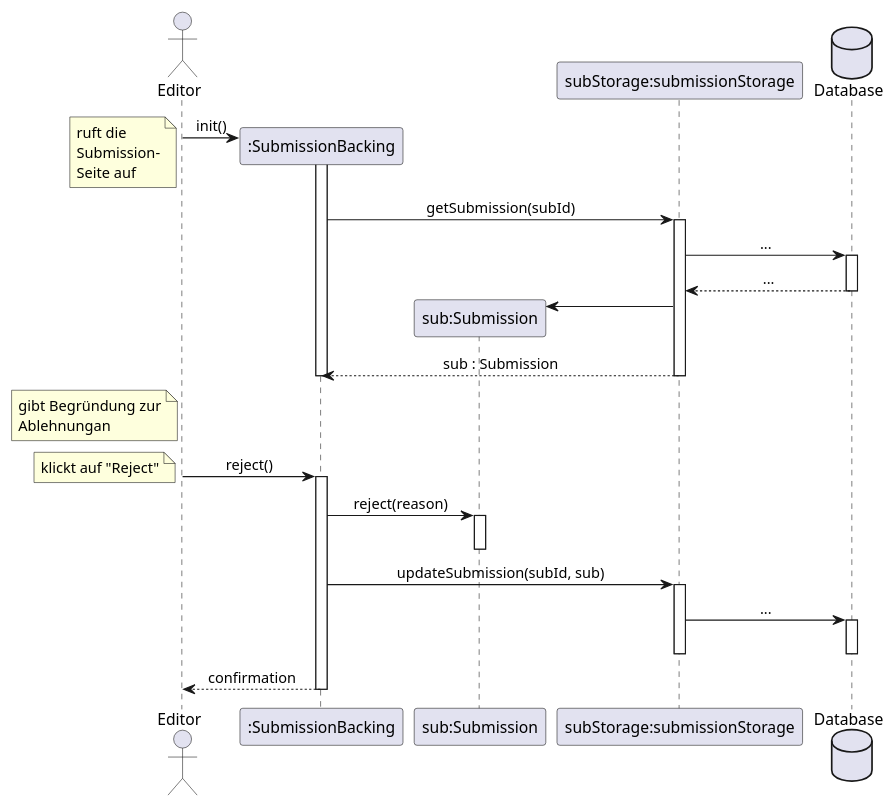
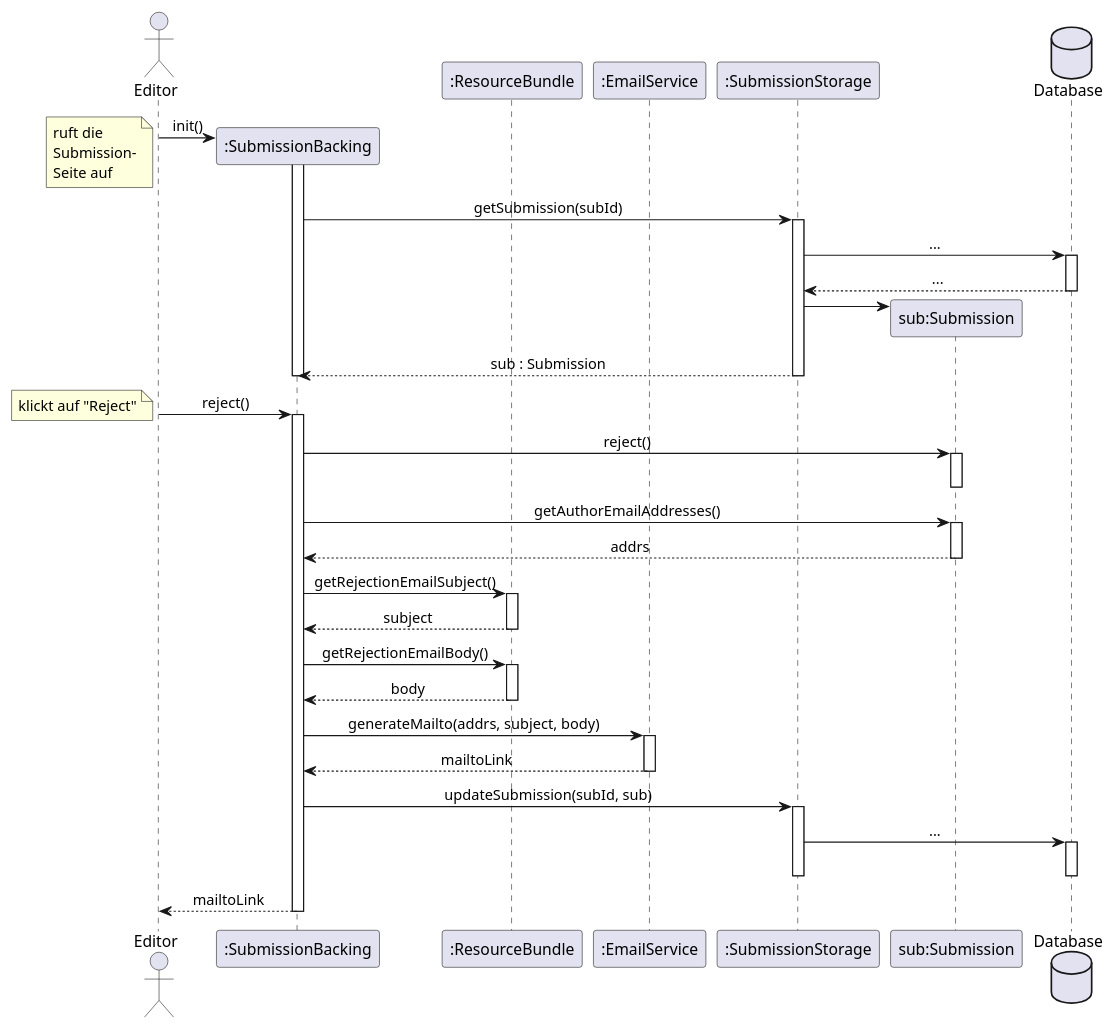
One commit to guersterst/LasEs changed the diagram in docs/Entwurf/puml/reject_submission.puml. Above: the diagram before and after it, drawn with PlantUML. The commit also changed 3 other files, not shown here.

Commit message:
first version of sequence diagram

```diff
--- a/docs/Entwurf/puml/reject_submission.puml
+++ b/docs/Entwurf/puml/reject_submission.puml
@@ -1,67 +1,67 @@
 @startuml
 'https://plantuml.com/sequence-diagram
 
-'!theme amiga
+'!theme aws-orange
 skinparam sequenceMessageAlign center
 'autonumber
 'autoactivate on
 
 actor Editor as editor
 participant ":SubmissionBacking" as submissionBacking
+participant ":ResourceBundle" as rscBundle
+participant ":EmailService" as emailService
+participant ":SubmissionStorage" as subStorage
 participant "sub:Submission" as sub
-participant "subStorage:submissionStorage" as subStorage
 database "Database" as db
 
 editor -> submissionBacking ** : init()
 note left
 ruft die
 Submission-
 Seite auf
 end note
 activate submissionBacking
 submissionBacking -> subStorage : getSubmission(subId)
 activate subStorage
 subStorage -> db : ...
 activate db
 return ...
 create sub
 subStorage -> sub
 return sub : Submission
 deactivate submissionBacking
 
-note left of editor
-gibt Begründung zur
-Ablehnungan
-end note
-
 editor -> submissionBacking : reject()
 note left
 klickt auf "Reject"
 end note
 activate submissionBacking
-submissionBacking -> sub : reject(reason)
+submissionBacking -> sub : reject()
 activate sub
 deactivate sub
+
+submissionBacking -> sub : getAuthorEmailAddresses()
+activate sub
+return addrs
+submissionBacking -> rscBundle : getRejectionEmailSubject()
+activate rscBundle
+return subject
+submissionBacking -> rscBundle : getRejectionEmailBody()
+activate rscBundle
+return body
+
+submissionBacking -> emailService : generateMailto(addrs, subject, body)
+activate emailService
+return mailtoLink
+
 submissionBacking -> subStorage : updateSubmission(subId, sub)
 activate subStorage
 subStorage -> db : ...
 activate db
 deactivate db
 deactivate subStorage
 
-return confirmation
-
-
-'Bob --> Alice: Authentication Response
-'
-'activate "Gutachter"
-'
-'"Gutachter" -> Alice: Anfrage
-'
-'Alice -> Bob: Another authentication Request
-'Alice <-- Bob: another authentication Response
-'
-'Alice --> "Gutachter": OK
+return mailtoLink
 
 
 @enduml
```
